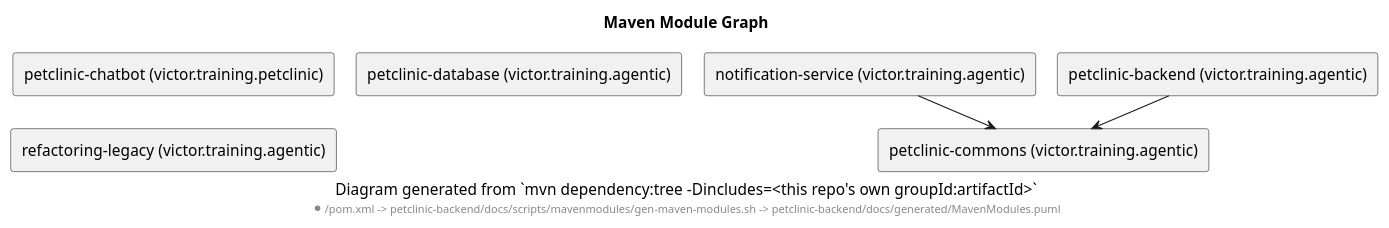
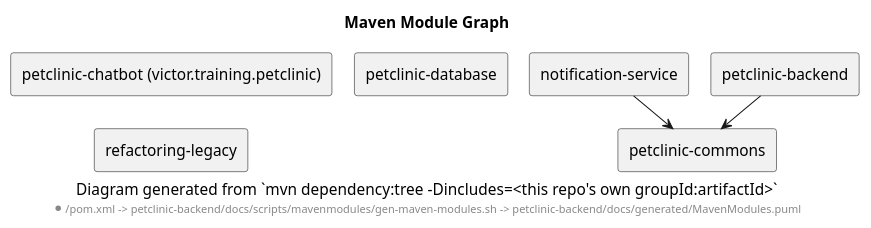
Before and after one commit to kashann/petclinic: the diagram in petclinic-backend/docs/generated/MavenModules.puml, drawn with PlantUML. The commit also changed 1 other file, not shown here.

Commit message:
Maven module graph: print a groupId only where it tells modules apart
Every box carried (victor.training.agentic); the shared groupId is dropped and only a
module outside it (petclinic-chatbot) keeps its own. Also wraps the generator's four
lines over 100 columns, which .editorconfig refused on commit.

```diff
--- a/petclinic-backend/docs/generated/MavenModules.puml
+++ b/petclinic-backend/docs/generated/MavenModules.puml
@@ -1,23 +1,23 @@
 @startuml
 
 title Maven Module Graph
 caption Diagram generated from `mvn dependency:tree -Dincludes=<this repo's own groupId:artifactId>`
 footer */pom.xml -> petclinic-backend/docs/scripts/mavenmodules/gen-maven-modules.sh -> petclinic-backend/docs/generated/MavenModules.puml
 
 skinparam shadowing false
 skinparam componentStyle rectangle
 skinparam nodesep 20
 skinparam ranksep 30
 
-component "notification-service (victor.training.agentic)" as notification_service
-component "petclinic-backend (victor.training.agentic)" as petclinic_backend
+component "notification-service" as notification_service
+component "petclinic-backend" as petclinic_backend
 component "petclinic-chatbot (victor.training.petclinic)" as petclinic_chatbot
-component "petclinic-commons (victor.training.agentic)" as petclinic_commons
-component "petclinic-database (victor.training.agentic)" as petclinic_database
-component "refactoring-legacy (victor.training.agentic)" as refactoring_legacy
+component "petclinic-commons" as petclinic_commons
+component "petclinic-database" as petclinic_database
+component "refactoring-legacy" as refactoring_legacy
 
 notification_service --> petclinic_commons
 petclinic_backend --> petclinic_commons
 
 
 @enduml
```
